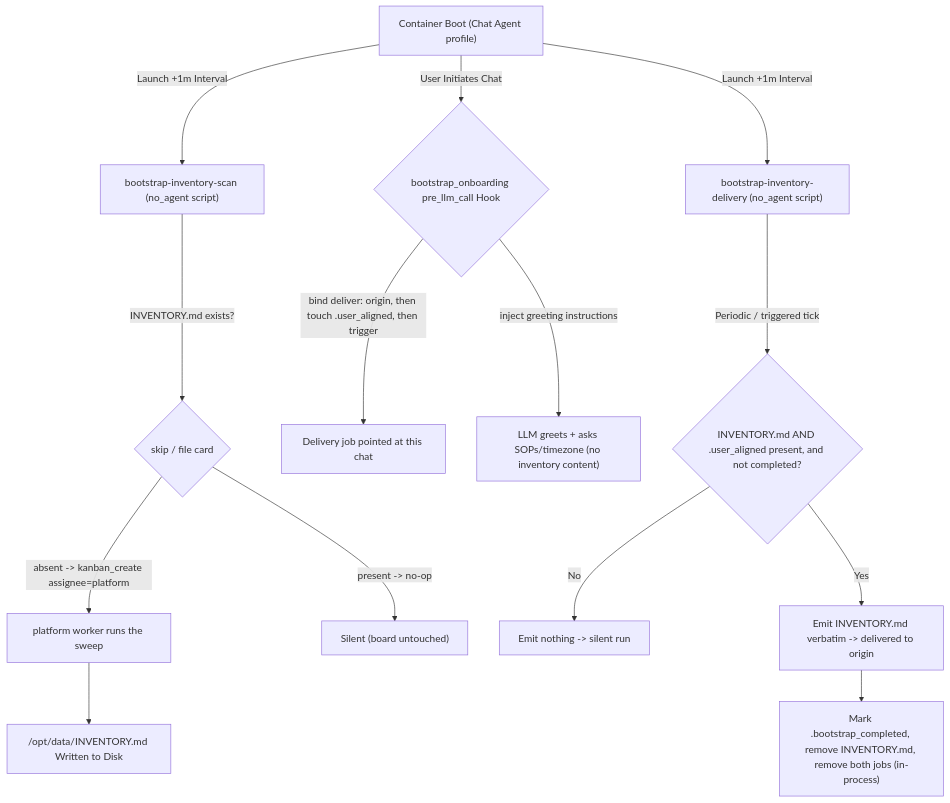
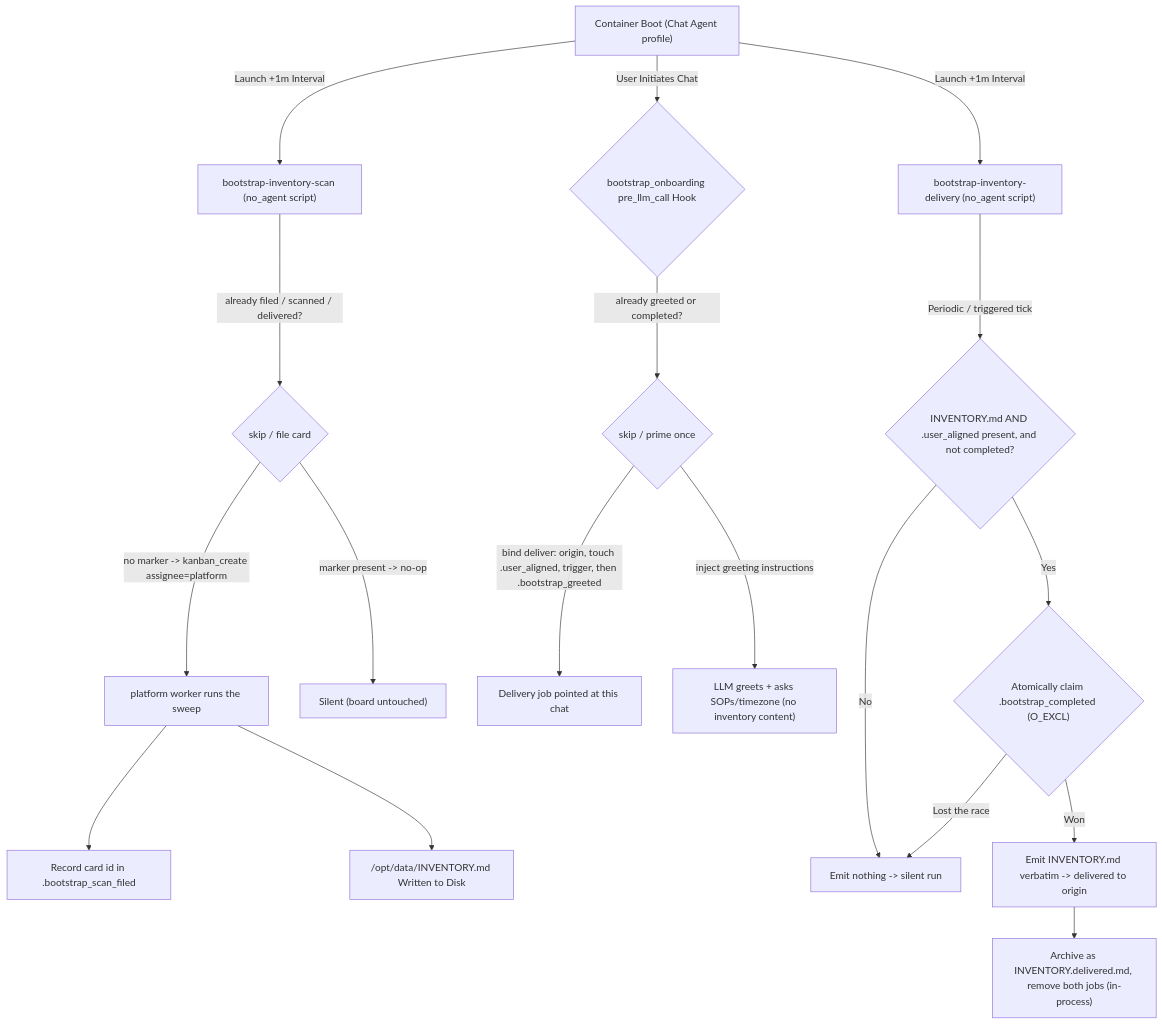
The first of 3 diagrams in agents/chat/defaults/plugins/bootstrap_onboarding/README.md (dshnayder/kube-agents), drawn with Mermaid before and after one commit. The commit also changed other lines of this file and 6 other files, not shown here.

````diff
--- a/agents/chat/defaults/plugins/bootstrap_onboarding/README.md
+++ b/agents/chat/defaults/plugins/bootstrap_onboarding/README.md
@@ -28,19 +42,23 @@
 ```mermaid
 graph TD
     A["Container Boot (Chat Agent profile)"] -->|Launch +1m Interval| B["bootstrap-inventory-scan (no_agent script)"]
     A -->|Launch +1m Interval| C["bootstrap-inventory-delivery (no_agent script)"]
     A -->|User Initiates Chat| D{"bootstrap_onboarding pre_llm_call Hook"}
 
-    B -->|INVENTORY.md exists?| B2{"skip / file card"}
-    B2 -->|absent -> kanban_create assignee=platform| P["platform worker runs the sweep"]
+    B -->|already filed / scanned / delivered?| B2{"skip / file card"}
+    B2 -->|no marker -> kanban_create assignee=platform| P["platform worker runs the sweep"]
+    P --> PM["Record card id in .bootstrap_scan_filed"]
     P --> E["/opt/data/INVENTORY.md Written to Disk"]
-    B2 -->|present -> no-op| F["Silent (board untouched)"]
+    B2 -->|marker present -> no-op| F["Silent (board untouched)"]
 
-    D -->|bind deliver: origin, then touch .user_aligned, then trigger| G["Delivery job pointed at this chat"]
-    D -->|inject greeting instructions| H["LLM greets + asks SOPs/timezone (no inventory content)"]
+    D -->|already greeted or completed?| DG{"skip / prime once"}
+    DG -->|bind deliver: origin, touch .user_aligned, trigger, then .bootstrap_greeted| G["Delivery job pointed at this chat"]
+    DG -->|inject greeting instructions| H["LLM greets + asks SOPs/timezone (no inventory content)"]
 
     C -->|Periodic / triggered tick| I{"INVENTORY.md AND .user_aligned present, and not completed?"}
     I -->|No| J["Emit nothing -> silent run"]
-    I -->|Yes| K["Emit INVENTORY.md verbatim -> delivered to origin"]
-    K --> L["Mark .bootstrap_completed, remove INVENTORY.md, remove both jobs (in-process)"]
+    I -->|Yes| CL{"Atomically claim .bootstrap_completed (O_EXCL)"}
+    CL -->|Lost the race| J
+    CL -->|Won| K["Emit INVENTORY.md verbatim -> delivered to origin"]
+    K --> L["Archive as INVENTORY.delivered.md, remove both jobs (in-process)"]
 ```
````
